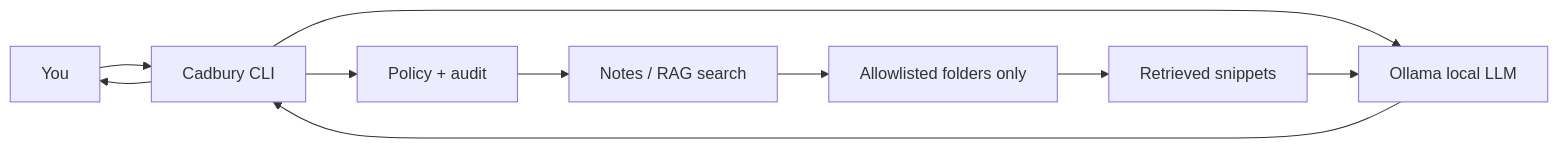
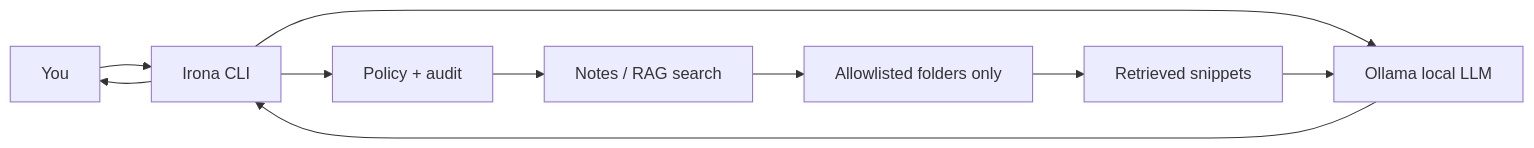
Before and after one commit to atharvahirulkar/irona: the diagram in README.md, drawn with Mermaid. The commit also changed other lines of this file and 34 other files, not shown here.

First line of the commit message:
Rename project from Cadbury to Irona

````diff
--- a/README.md
+++ b/README.md
@@ -228,12 +229,12 @@
 ```mermaid
 flowchart LR
-  You[You] --> CLI[Cadbury CLI]
+  You[You] --> CLI[Irona CLI]
   CLI --> Policy[Policy + audit]
   Policy --> Search[Notes / RAG search]
   Search --> Files[Allowlisted folders only]
   CLI --> Ollama[Ollama local LLM]
   Files --> Context[Retrieved snippets]
   Context --> Ollama
   Ollama --> CLI
   CLI --> You
 ```
````
